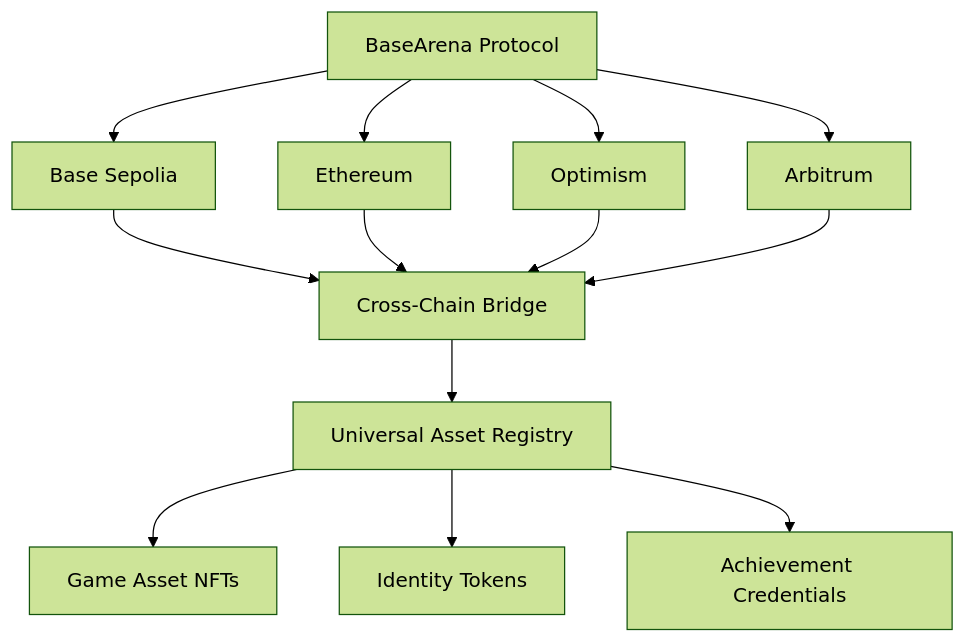
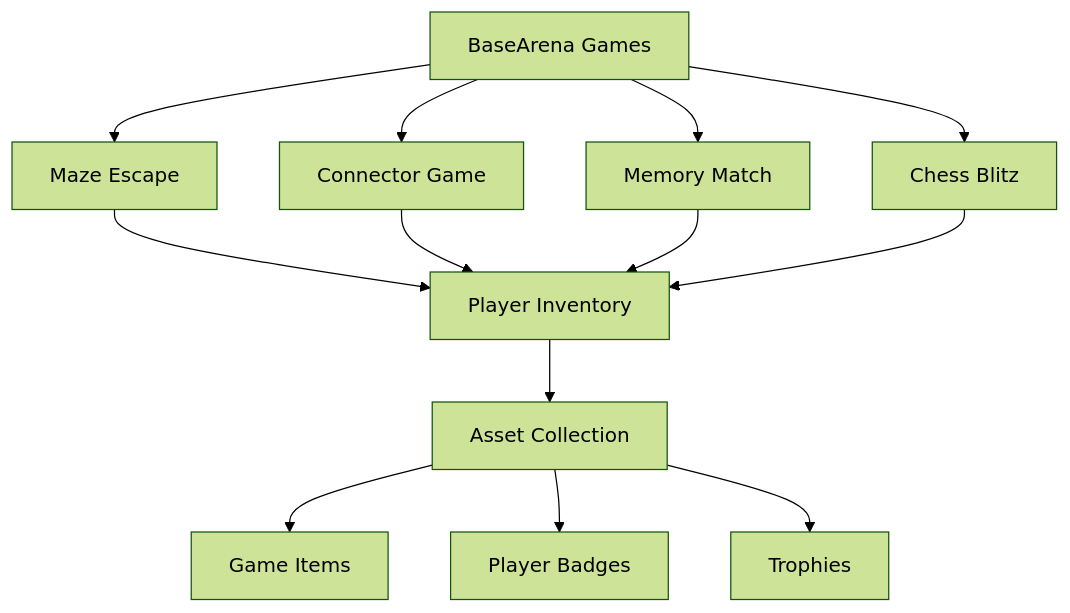
The fourth of 7 diagrams in README.md (Kali-Decoder/BaseArena), drawn with Mermaid (forest theme) before and after one commit. The commit also changed other lines of this file, not shown here.

````diff
--- a/README.md
+++ b/README.md
@@ -94,18 +82,18 @@
 ```mermaid
 graph TD
-    A[BaseArena Protocol] --> B[Base Sepolia]
-    A --> C[Ethereum]
-    A --> D[Optimism]
-    A --> E[Arbitrum]
+    A[BaseArena Games] --> B[Maze Escape]
+    A --> C[Connector Game]
+    A --> D[Memory Match]
+    A --> E[Chess Blitz]
     
-    B --> F[Cross-Chain Bridge]
+    B --> F[Player Inventory]
     C --> F
     D --> F
     E --> F
     
-    F --> G[Universal Asset Registry]
+    F --> G[Asset Collection]
     
-    G --> H[Game Asset NFTs]
-    G --> I[Identity Tokens]
-    G --> J[Achievement Credentials]
+    G --> H[Game Items]
+    G --> I[Player Badges]
+    G --> J[Trophies]
 ```
````
